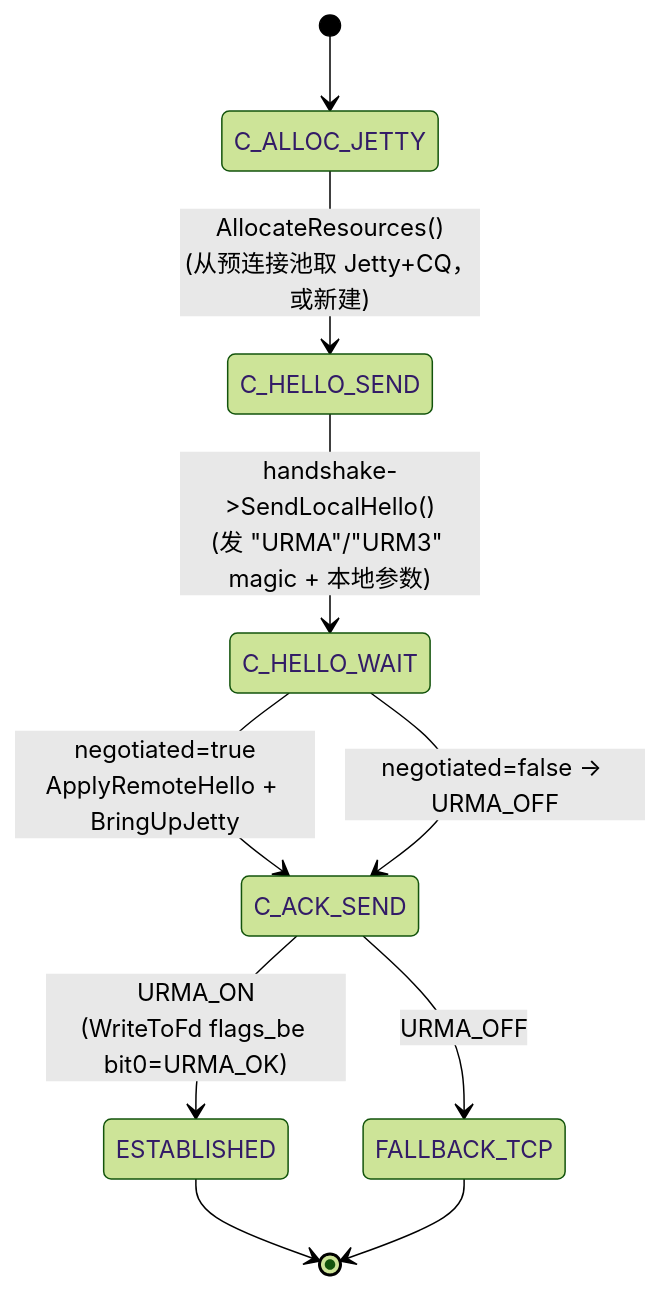
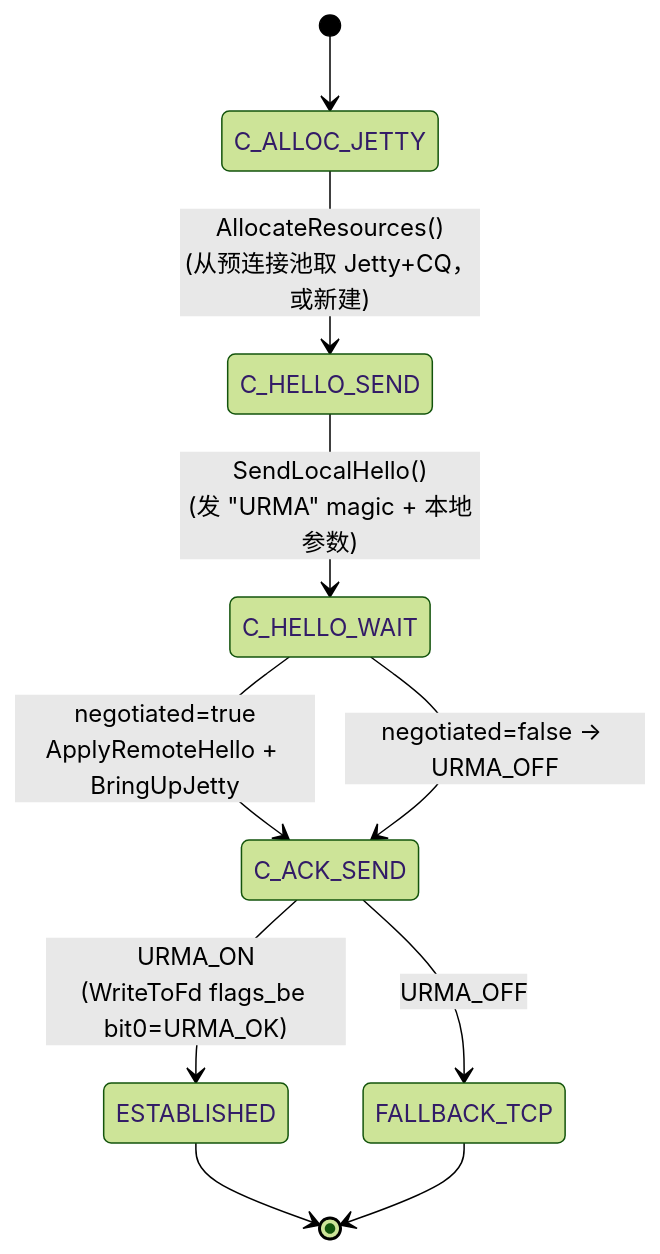
One commit to zchuang185/brpc changed the fourth of 6 diagrams in docs/cn/urma_proposal.md. Above: the diagram before and after it, drawn with Mermaid (forest theme). The commit also changed other lines of this file and 16 other files, not shown here.

First line of the commit message:
Remove vendored URMA SDK headers and simplify to v2-only binary handshake

````diff
--- a/docs/cn/urma_proposal.md
+++ b/docs/cn/urma_proposal.md
@@ -244,12 +244,12 @@
 ```mermaid
 stateDiagram-v2
     [*] --> C_ALLOC_JETTY
     C_ALLOC_JETTY --> C_HELLO_SEND: AllocateResources()<br/>(从预连接池取 Jetty+CQ，或新建)
-    C_HELLO_SEND --> C_HELLO_WAIT: handshake->SendLocalHello()<br/>(发 "URMA"/"URM3" magic + 本地参数)
+    C_HELLO_SEND --> C_HELLO_WAIT: SendLocalHello()<br/>(发 "URMA" magic + 本地参数)
     C_HELLO_WAIT --> C_ACK_SEND: negotiated=true<br/>ApplyRemoteHello + BringUpJetty
     C_HELLO_WAIT --> C_ACK_SEND: negotiated=false → URMA_OFF
     C_ACK_SEND --> ESTABLISHED: URMA_ON<br/>(WriteToFd flags_be bit0=URMA_OK)
     C_ACK_SEND --> FALLBACK_TCP: URMA_OFF
     ESTABLISHED --> [*]
     FALLBACK_TCP --> [*]
 ```
````
